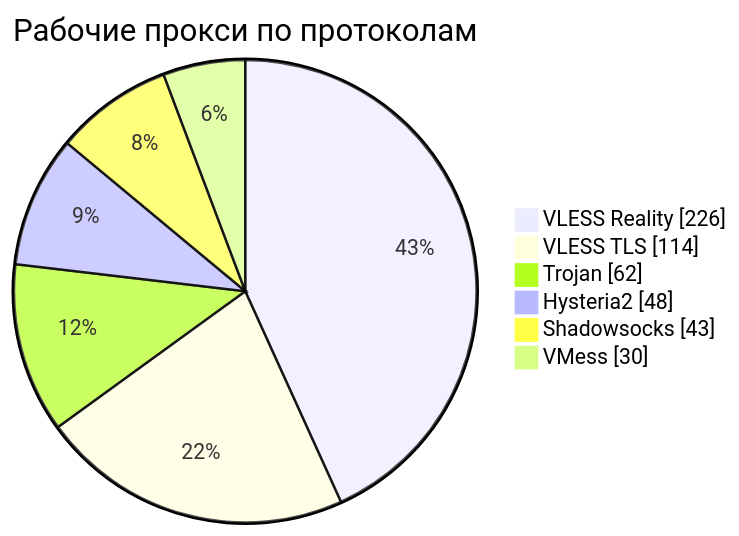
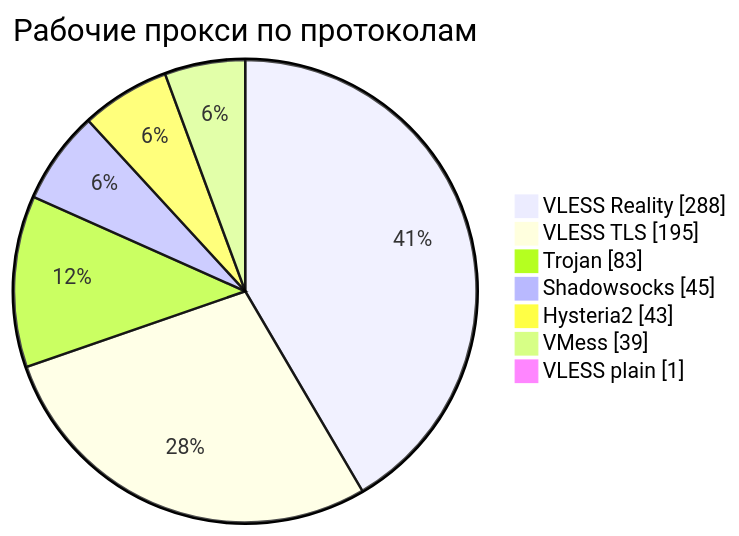
One commit to rvvg/proxy-subs changed the third of 4 diagrams in README.md. Above: the diagram before and after it, drawn with Mermaid. The commit also changed other lines of this file and 54 other files, not shown here.

````diff
--- a/README.md
+++ b/README.md
@@ -138,10 +143,11 @@
 ```mermaid
 pie showData
     title Рабочие прокси по протоколам
-    "VLESS Reality" : 226
-    "VLESS TLS" : 114
-    "Trojan" : 62
-    "Hysteria2" : 48
-    "Shadowsocks" : 43
-    "VMess" : 30
+    "VLESS Reality" : 288
+    "VLESS TLS" : 195
+    "Trojan" : 83
+    "Shadowsocks" : 45
+    "Hysteria2" : 43
+    "VMess" : 39
+    "VLESS plain" : 1
 ```
````
